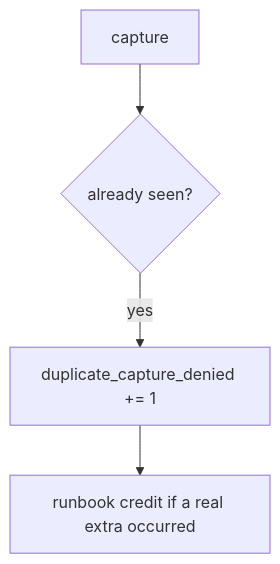
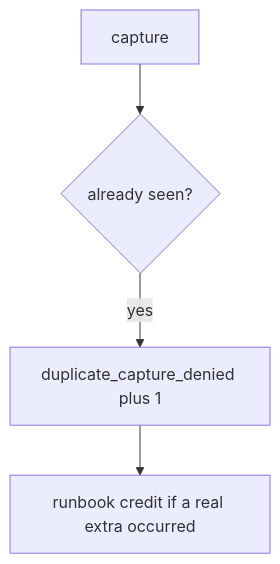
Before and after one commit to ishitvagoel/LearnSecurity: the diagram in content/modules/e/E3/lessons/06-operate.md, drawn with Mermaid. The commit also changed other lines of this file and 28 other files, not shown here.

````diff
--- a/content/modules/e/E3/lessons/06-operate.md
+++ b/content/modules/e/E3/lessons/06-operate.md
@@ -13,6 +13,6 @@
 ```mermaid
 flowchart TD
   Cap[capture] --> Seen{already seen?}
-  Seen -->|yes| Metric["duplicate_capture_denied += 1"]
+  Seen -->|yes| Metric["duplicate_capture_denied plus 1"]
   Metric --> Credit[runbook credit if a real extra occurred]
 ```
````
